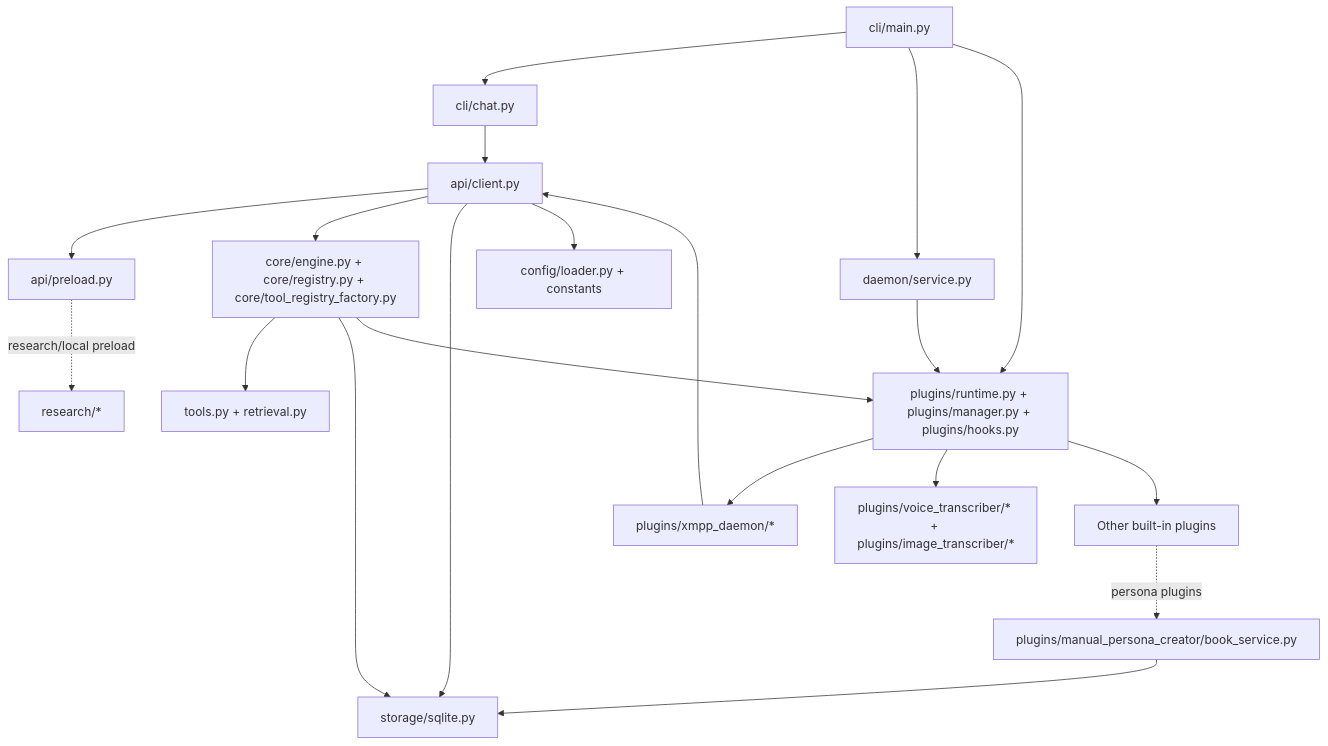
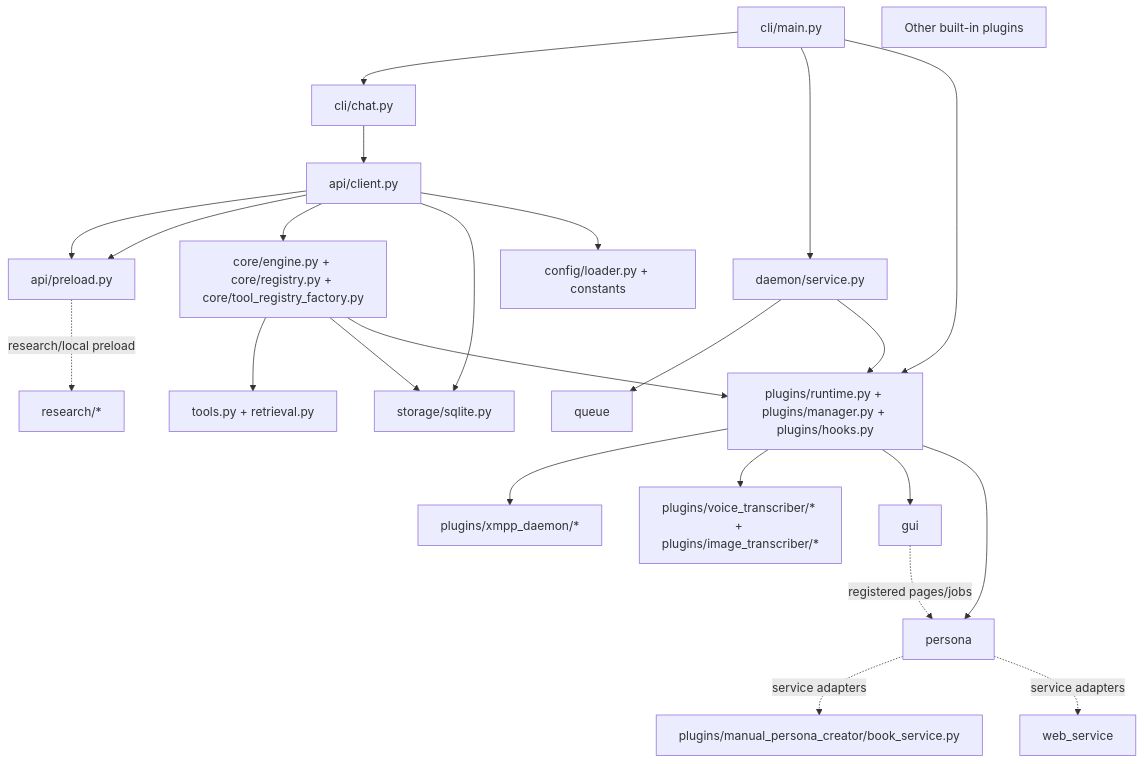
The second of 4 diagrams in ARCHITECTURE.md (evrenesat/asky), drawn with Mermaid before and after one commit. The commit also changed other lines of this file and 31 other files, not shown here.

Commit message:
persona: add milestone 6 review console and web workflow

````diff
--- a/ARCHITECTURE.md
+++ b/ARCHITECTURE.md
@@ -83,41 +89,45 @@
 ```mermaid
 graph TD
     main["cli/main.py"]
     chat["cli/chat.py"]
     daemon["daemon/service.py"]
     api["api/client.py"]
     preload["api/preload.py"]
     core["core/engine.py + core/registry.py + core/tool_registry_factory.py"]
     tools["tools.py + retrieval.py"]
     storage["storage/sqlite.py"]
     research["research/*"]
     plugin_rt["plugins/runtime.py + plugins/manager.py + plugins/hooks.py"]
     xmpp["plugins/xmpp_daemon/*"]
     transcribers["plugins/voice_transcriber/* + plugins/image_transcriber/*"]
     other_plugins["Other built-in plugins"]
     book_service["plugins/manual_persona_creator/book_service.py"]
     config["config/loader.py + constants"]
+main --> chat --> api
+main --> daemon
+main --> plugin_rt
 
-    main --> chat --> api
-    main --> daemon
-    main --> plugin_rt
+daemon --> queue
+daemon --> plugin_rt
+plugin_rt --> xmpp
+plugin_rt --> transcribers
+plugin_rt --> gui
+plugin_rt --> persona
 
-    daemon --> plugin_rt
-    plugin_rt --> xmpp
-    plugin_rt --> transcribers
-    plugin_rt --> other_plugins
-    xmpp --> api
-    
-    other_plugins -. persona plugins .-> book_service
-    book_service --> storage
+gui -. registered pages/jobs .-> persona
+persona -. service adapters .-> book_service
+persona -. service adapters .-> web_service
+
+api --> preload
+
 
     api --> preload
     api --> core
     api --> storage
     api --> config
 
     core --> tools
     core --> storage
     core --> plugin_rt
     preload -. research/local preload .-> research
 ```
````
